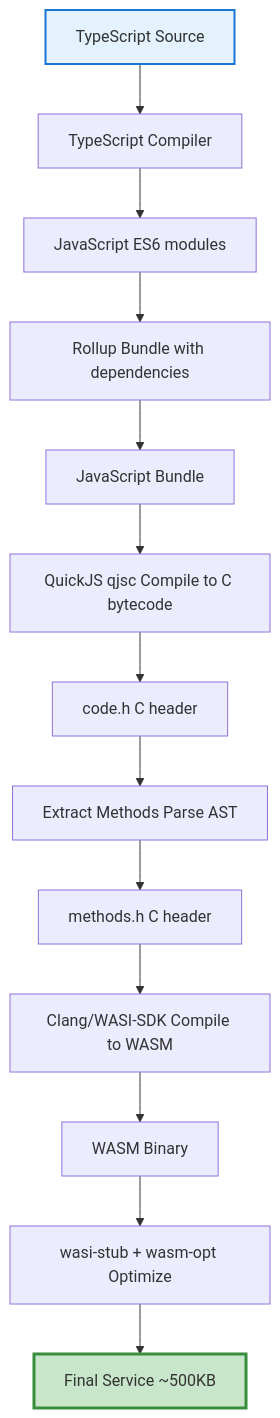
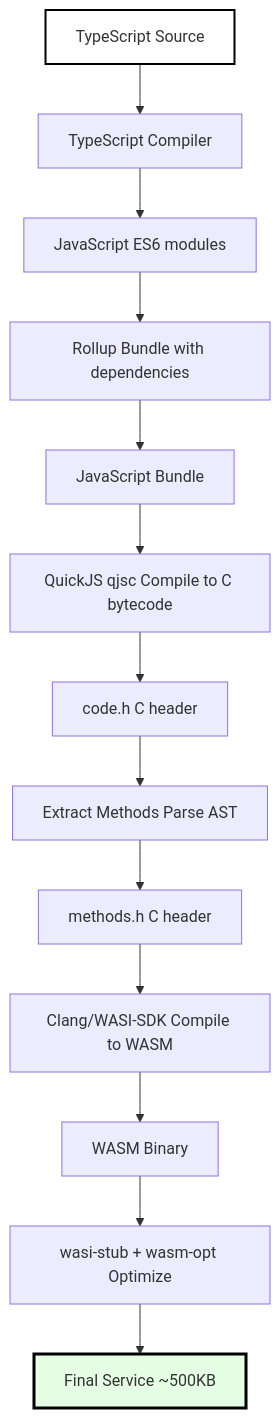
The first of 2 diagrams in docs/builder-directory/js-sdk-guide.md (calimero-network/docs), drawn with Mermaid before and after one commit. The commit also changed other lines of this file and 6 other files, not shown here.

First line of the commit message:
fix: Update all Mermaid diagrams to use black/green color scheme

````diff
--- a/docs/builder-directory/js-sdk-guide.md
+++ b/docs/builder-directory/js-sdk-guide.md
@@ -25,32 +25,32 @@
 ```mermaid
 flowchart TD
     TS[TypeScript Source]
     TC[TypeScript Compiler]
     JS[JavaScript ES6 modules]
     ROLLUP[Rollup Bundle with dependencies]
     BUNDLE[JavaScript Bundle]
     QJSC[QuickJS qjsc Compile to C bytecode]
     CODEH[code.h C header]
     EXTRACT[Extract Methods Parse AST]
     METHODS[methods.h C header]
     CLANG[Clang/WASI-SDK Compile to WASM]
     WASM[WASM Binary]
     OPT[wasi-stub + wasm-opt Optimize]
     FINAL[Final Service ~500KB]
     
     TS --> TC
     TC --> JS
     JS --> ROLLUP
     ROLLUP --> BUNDLE
     BUNDLE --> QJSC
     QJSC --> CODEH
     CODEH --> EXTRACT
     EXTRACT --> METHODS
     METHODS --> CLANG
     CLANG --> WASM
     WASM --> OPT
     OPT --> FINAL
     
-    style TS fill:#e3f2fd,stroke:#1976d2,stroke-width:2px
-    style FINAL fill:#c8e6c9,stroke:#388e3c,stroke-width:3px
+    style TS fill:#ffffff,stroke:#000000,stroke-width:2px
+    style FINAL fill:#e5ffe5,stroke:#000000,stroke-width:3px
 ```
````
